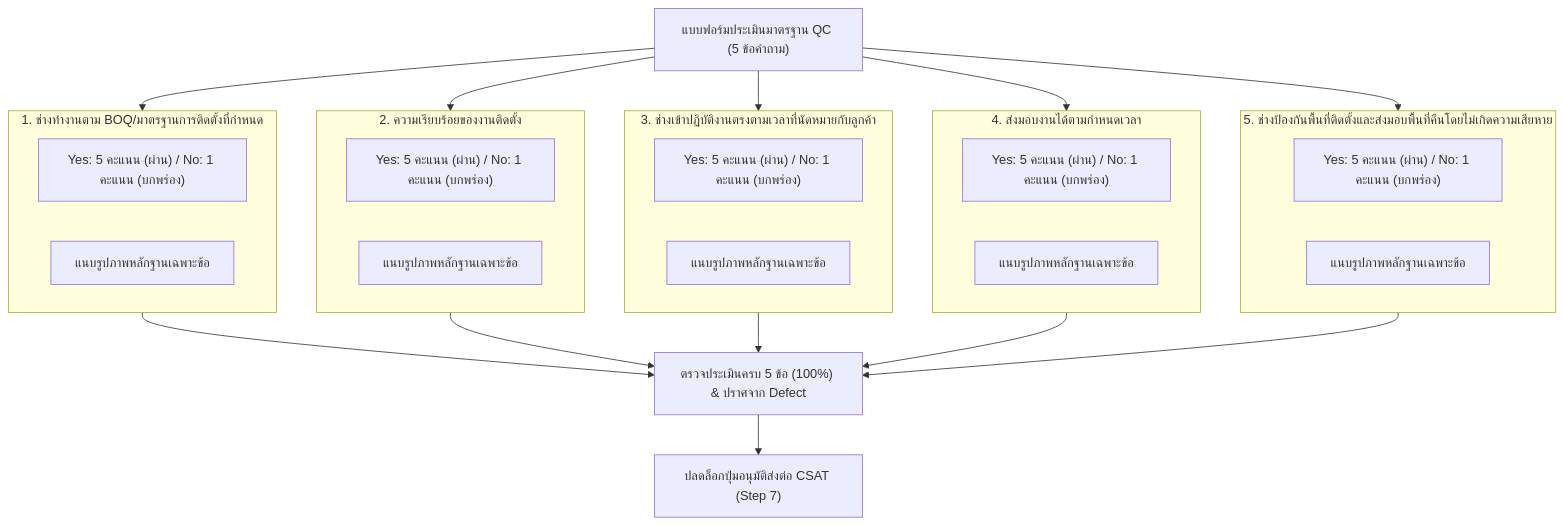
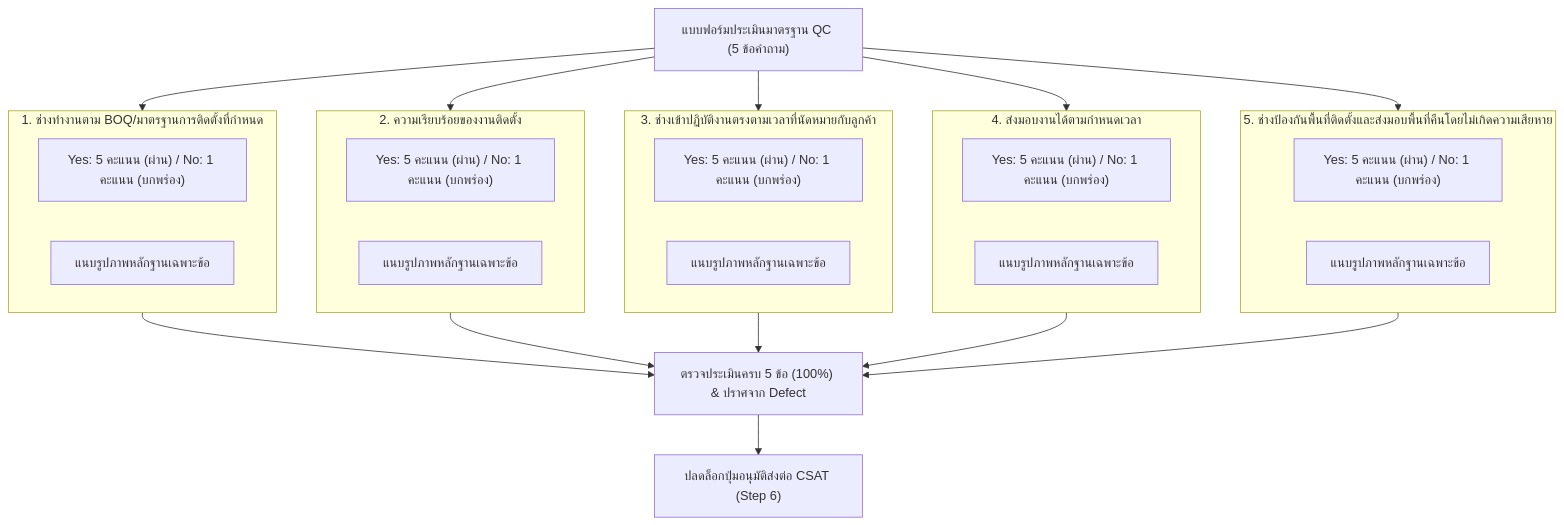
The fifth of 5 diagrams in doc/คู่มือการใช้งาน_Step6_ตรวจรับรองคุณภาพQC.md (isarachootip/pmt_flow), drawn with Mermaid before and after one commit. The commit also changed other lines of this file and 9 other files, not shown here.

Commit message:
refactor(pipeline): merge step 2 & 3 into 6-step pipeline, separate CSAT & MA, update documentation

````diff
--- a/doc/คู่มือการใช้งาน_Step6_ตรวจรับรองคุณภาพQC.md
+++ b/doc/คู่มือการใช้งาน_Step6_ตรวจรับรองคุณภาพQC.md
@@ -188,43 +188,43 @@
 ```mermaid
 graph TD
     QC["แบบฟอร์มประเมินมาตรฐาน QC (5 ข้อคำถาม)"]
     
     subgraph Q1["1. ช่างทำงานตาม BOQ/มาตรฐานการติดตั้งที่กำหนด"]
         A1["Yes: 5 คะแนน (ผ่าน) / No: 1 คะแนน (บกพร่อง)"]
         P1["แนบรูปภาพหลักฐานเฉพาะข้อ"]
     end
 
     subgraph Q2["2. ความเรียบร้อยของงานติดตั้ง"]
         A2["Yes: 5 คะแนน (ผ่าน) / No: 1 คะแนน (บกพร่อง)"]
         P2["แนบรูปภาพหลักฐานเฉพาะข้อ"]
     end
 
     subgraph Q3["3. ช่างเข้าปฏิบัติงานตรงตามเวลาที่นัดหมายกับลูกค้า"]
         A3["Yes: 5 คะแนน (ผ่าน) / No: 1 คะแนน (บกพร่อง)"]
         P3["แนบรูปภาพหลักฐานเฉพาะข้อ"]
     end
 
     subgraph Q4["4. ส่งมอบงานได้ตามกำหนดเวลา"]
         A4["Yes: 5 คะแนน (ผ่าน) / No: 1 คะแนน (บกพร่อง)"]
         P4["แนบรูปภาพหลักฐานเฉพาะข้อ"]
     end
 
     subgraph Q5["5. ช่างป้องกันพื้นที่ติดตั้งและส่งมอบพื้นที่คืนโดยไม่เกิดความเสียหาย"]
         A5["Yes: 5 คะแนน (ผ่าน) / No: 1 คะแนน (บกพร่อง)"]
         P5["แนบรูปภาพหลักฐานเฉพาะข้อ"]
     end
 
     QC --> Q1
     QC --> Q2
     QC --> Q3
     QC --> Q4
     QC --> Q5
 
     Q1 --> Check["ตรวจประเมินครบ 5 ข้อ (100%) & ปราศจาก Defect"]
     Q2 --> Check
     Q3 --> Check
     Q4 --> Check
     Q5 --> Check
 
-    Check --> Approve["ปลดล็อกปุ่มอนุมัติส่งต่อ CSAT (Step 7)"]
+    Check --> Approve["ปลดล็อกปุ่มอนุมัติส่งต่อ CSAT (Step 6)"]
 ```
````
